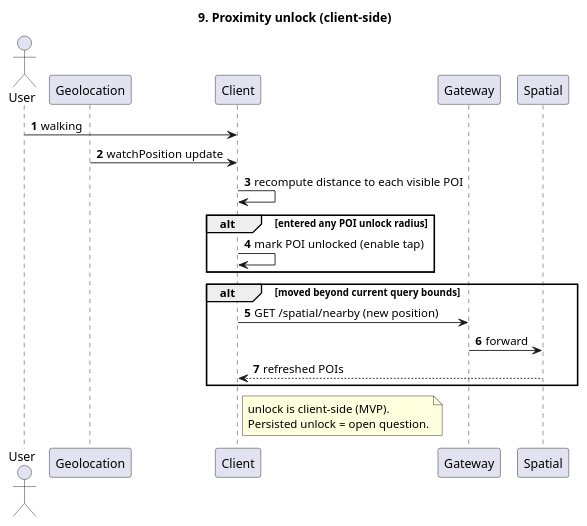
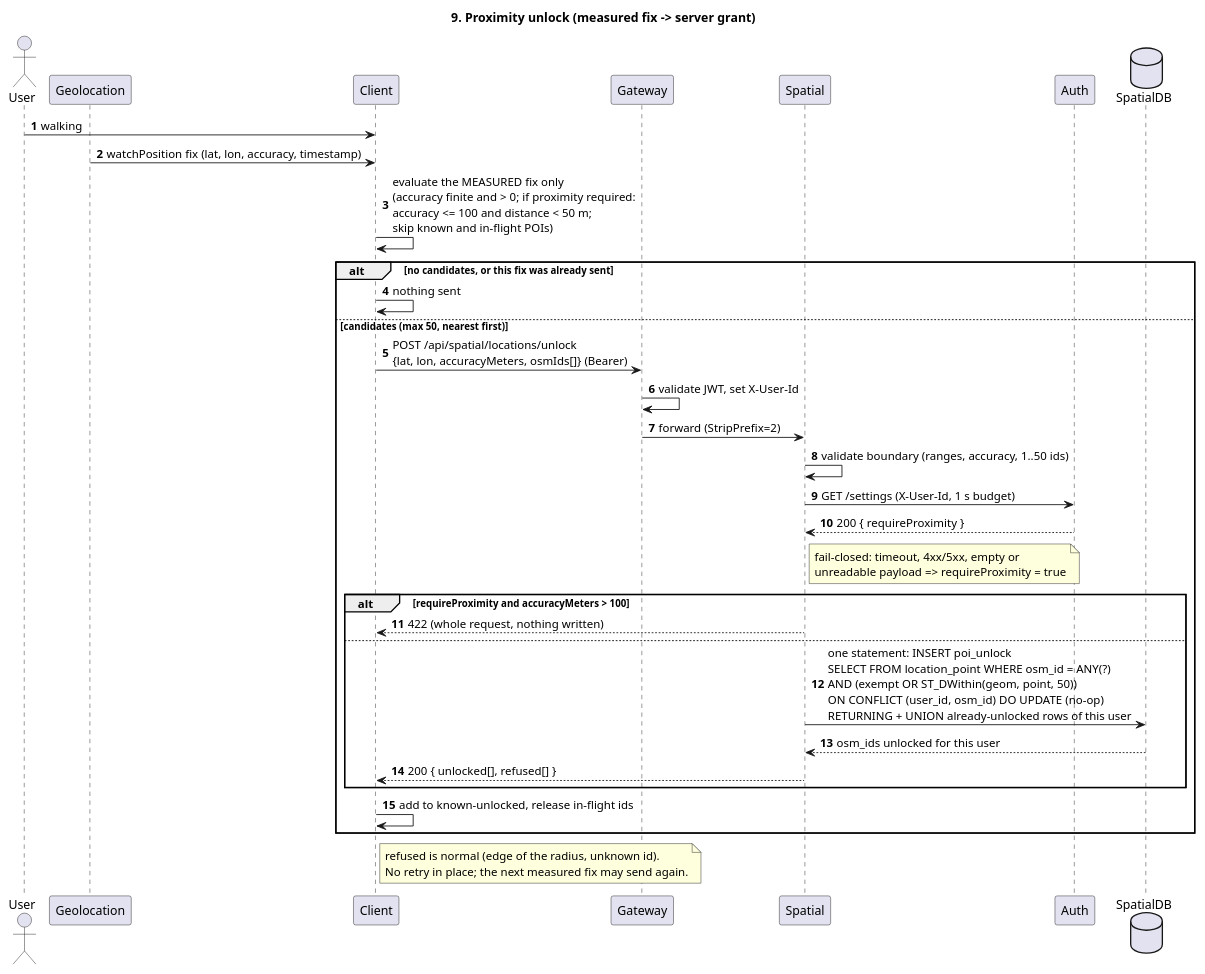
Before and after one commit to laa66/trippie: the diagram in docs/flows/09-proximity-unlock.puml, drawn with PlantUML. The commit also changed 4 other files, not shown here.

Commit message:
spatial is no longer pure geo, the unlock flow is a server grant

```diff
--- a/docs/flows/09-proximity-unlock.puml
+++ b/docs/flows/09-proximity-unlock.puml
@@ -1,22 +1,35 @@
 @startuml
-title 9. Proximity unlock (client-side)
+title 9. Proximity unlock (measured fix -> server grant)
 autonumber
 actor User
 participant "Geolocation" as GPS
 participant Client
 participant Gateway
 participant Spatial
+participant Auth
+database SpatialDB
 
 User -> Client : walking
-GPS -> Client : watchPosition update
-Client -> Client : recompute distance to each visible POI
-alt entered any POI unlock radius
-    Client -> Client : mark POI unlocked (enable tap)
+GPS -> Client : watchPosition fix (lat, lon, accuracy, timestamp)
+Client -> Client : evaluate the MEASURED fix only\n(accuracy finite and > 0; if proximity required:\naccuracy <= 100 and distance < 50 m;\nskip known and in-flight POIs)
+alt no candidates, or this fix was already sent
+    Client -> Client : nothing sent
+else candidates (max 50, nearest first)
+    Client -> Gateway : POST /api/spatial/locations/unlock\n{lat, lon, accuracyMeters, osmIds[]} (Bearer)
+    Gateway -> Gateway : validate JWT, set X-User-Id
+    Gateway -> Spatial : forward (StripPrefix=2)
+    Spatial -> Spatial : validate boundary (ranges, accuracy, 1..50 ids)
+    Spatial -> Auth : GET /settings (X-User-Id, 1 s budget)
+    Auth --> Spatial : 200 { requireProximity }
+    note right of Spatial : fail-closed: timeout, 4xx/5xx, empty or\nunreadable payload => requireProximity = true
+    alt requireProximity and accuracyMeters > 100
+        Spatial --> Client : 422 (whole request, nothing written)
+    else
+        Spatial -> SpatialDB : one statement: INSERT poi_unlock\nSELECT FROM location_point WHERE osm_id = ANY(?)\nAND (exempt OR ST_DWithin(geom, point, 50))\nON CONFLICT (user_id, osm_id) DO UPDATE (no-op)\nRETURNING + UNION already-unlocked rows of this user
+        SpatialDB --> Spatial : osm_ids unlocked for this user
+        Spatial --> Client : 200 { unlocked[], refused[] }
+    end
+    Client -> Client : add to known-unlocked, release in-flight ids
 end
-alt moved beyond current query bounds
-    Client -> Gateway : GET /spatial/nearby (new position)
-    Gateway -> Spatial : forward
-    Spatial --> Client : refreshed POIs
-end
-note right of Client : unlock is client-side (MVP).\nPersisted unlock = open question.
+note right of Client : refused is normal (edge of the radius, unknown id).\nNo retry in place; the next measured fix may send again.
 @enduml
```
